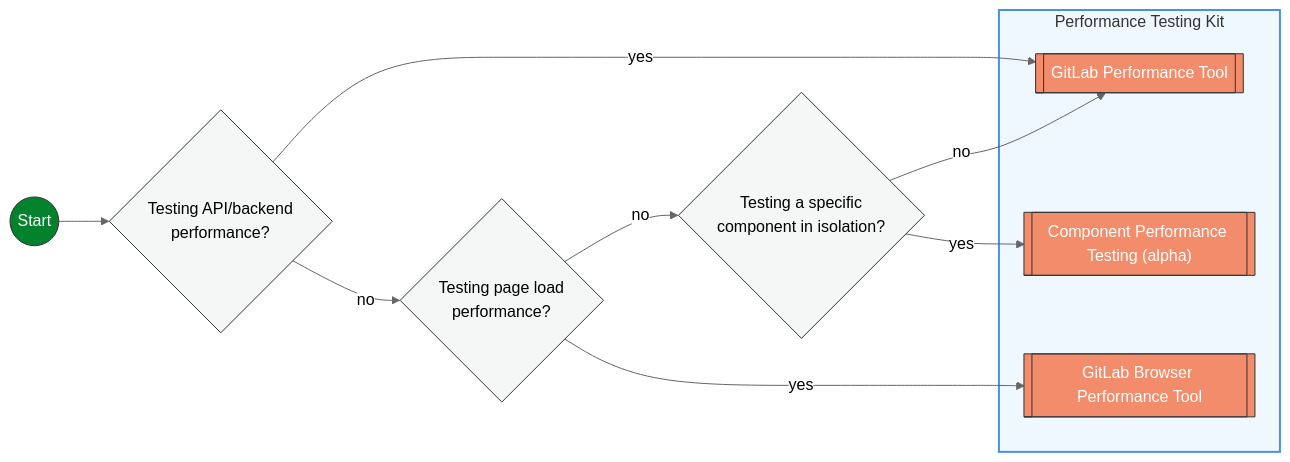
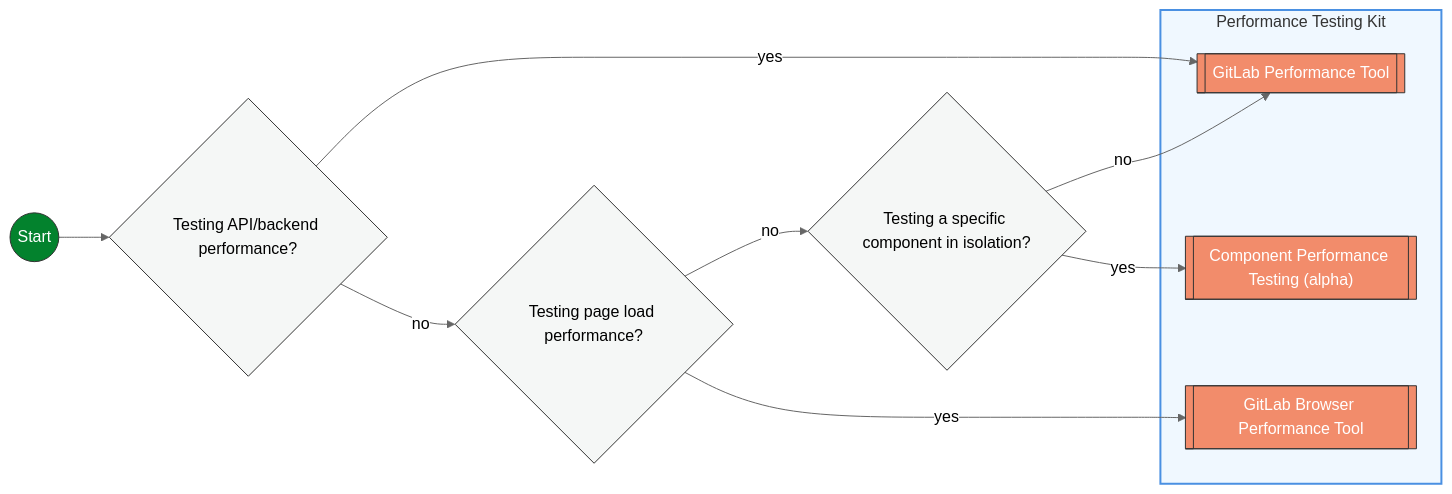
The first of 2 diagrams in content/handbook/engineering/testing/performance-tools.md (zalyoung/gitlab-handbook), drawn with Mermaid (neutral theme) before and after one commit. The commit also changed other lines of this file, not shown here.

Commit message:
Update file performance-tools.md

````diff
--- a/content/handbook/engineering/testing/performance-tools.md
+++ b/content/handbook/engineering/testing/performance-tools.md
@@ -11,47 +11,47 @@
 ```mermaid
 flowchart LR
   subgraph PTK["Performance Testing Kit"]
     GPT[[GitLab Performance Tool]]
     CPT[["Component Performance Testing (alpha)"]]
     GBPT[[GitLab Browser Performance Tool]]
   end
 
   START((Start))
 
-  ENV{Testing API/backend\nperformance?}
-  UI{Testing page load\nperformance?}
-  COMPONENT{Testing a specific\ncomponent in isolation?}
+  ENV{Testing API/backend performance?}
+  UI{Testing page load performance?}
+  COMPONENT{Testing a specific component in isolation?}
 
   START --> ENV
 
   ENV -- yes --> GPT
   ENV -- no --> UI
 
   UI -- yes --> GBPT
   UI -- no --> COMPONENT
 
   COMPONENT -- yes --> CPT
   COMPONENT -- no --> GPT
 
   %% Class definition
   classDef decision fill:#f5f7f6,stroke:#333,stroke-width:1px,rx:5px;
   classDef tool fill:#F28C6B,stroke:#333,stroke-width:1px,color:white,rx:5px;
   classDef start fill:#03822d,stroke:#333,stroke-width:1px,color:white,rx:10px;
   classDef kitStyle fill:#f0f8ff,stroke:#4a90e2,stroke-width:2px,color:#333;
 
   class UI,ENV,COMPONENT decision;
   class GBPT,CPT,GPT tool;
   class START start;
   class PTK kitStyle;
 
   %% Tool links
   click GPT "https://gitlab.com/gitlab-org/quality/performance/-/blob/main/docs/quick_start.md"
   click GBPT "https://gitlab.com/gitlab-org/quality/performance-sitespeed#running-tests"
   click CPT "https://gitlab.com/gitlab-org/quality/component-performance-testing"
 
   %% Decision node links
   click UI "#Testing-Page-Load-Performance"
   click ENV "#Testing-API-or-Backend-Performance"
   click COMPONENT "Testing-Components-in-Isolation"
 
 ```
````
